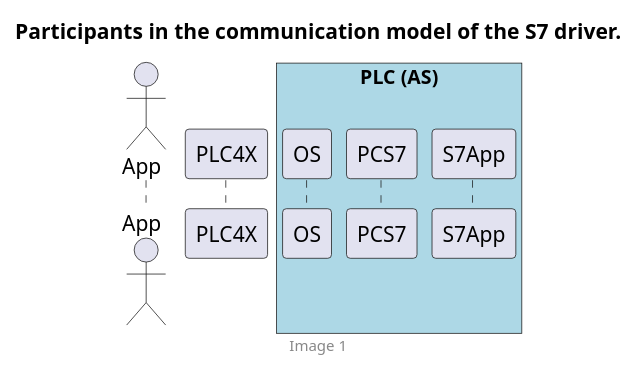
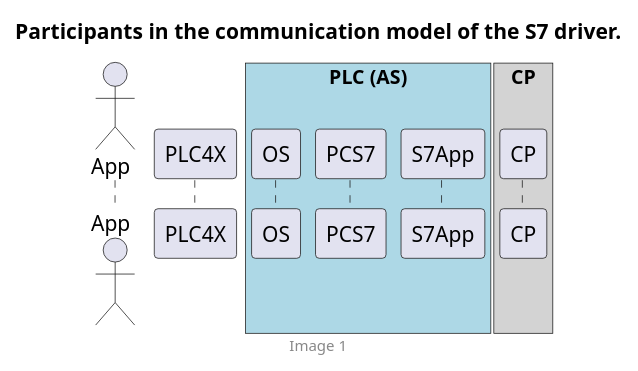
The first of 8 diagrams in src/site/asciidoc/users/protocols/s7.adoc (apache/plc4x), drawn with PlantUML before and after one commit. The commit also changed other lines of this file and 47 other files, not shown here.

```diff
--- a/src/site/asciidoc/users/protocols/s7.adoc
+++ b/src/site/asciidoc/users/protocols/s7.adoc
@@ -464,14 +464,19 @@
-[plantuml, target="image01", format=png, align="center"]
+[plantuml, target="../../image01", format=png, align="center"]
 ....
 autonumber "<b>(00)"
 title Participants in the communication model of the S7 driver.
 footer Image 1
 
 actor App
 participant PLC4X
 box "PLC (AS)" #LightBlue
 participant OS
 participant PCS7
 participant S7App
 endbox
+
+box "CP" #LightGray
+participant CP
+endbox
+
 ....
```
